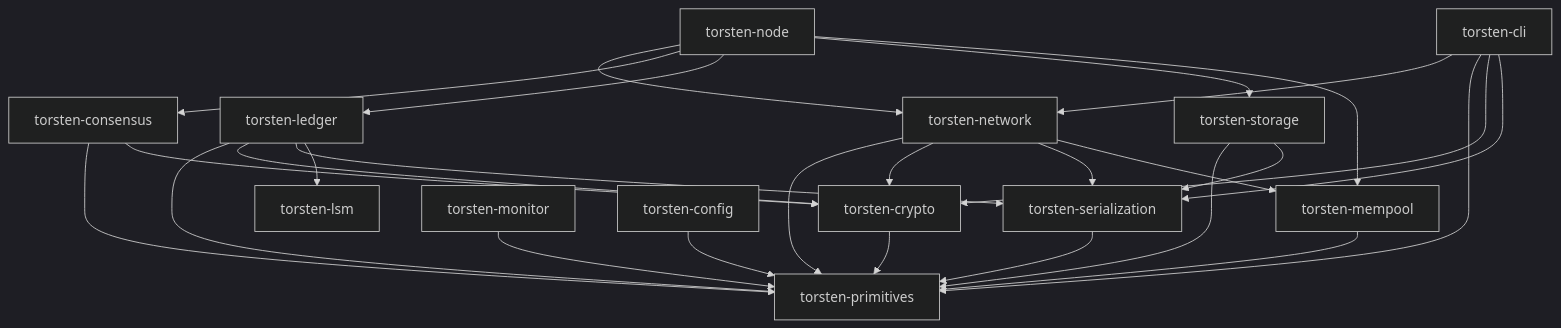
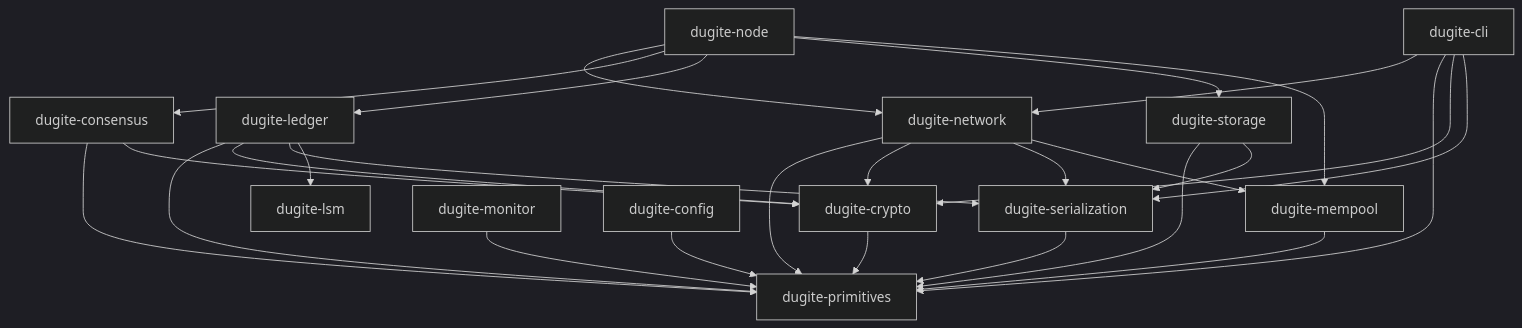
The diagram in README.md (michaeljfazio/torsten), drawn with Mermaid (dark theme) before and after one commit. The commit also changed other lines of this file and 653 other files, not shown here.

First line of the commit message:
rename: torsten -> dugite across entire codebase

````diff
--- a/README.md
+++ b/README.md
@@ -67,29 +67,29 @@
 ```mermaid
 graph TD
-    NODE[torsten-node] --> NET[torsten-network]
-    NODE --> CONS[torsten-consensus]
-    NODE --> LEDGER[torsten-ledger]
-    NODE --> STORE[torsten-storage]
-    NODE --> POOL[torsten-mempool]
-    CLI[torsten-cli] --> NET
-    CLI --> PRIM[torsten-primitives]
-    CLI --> CRYPTO[torsten-crypto]
-    CLI --> SER[torsten-serialization]
-    MON[torsten-monitor] --> PRIM
-    CFG[torsten-config] --> PRIM
+    NODE[dugite-node] --> NET[dugite-network]
+    NODE --> CONS[dugite-consensus]
+    NODE --> LEDGER[dugite-ledger]
+    NODE --> STORE[dugite-storage]
+    NODE --> POOL[dugite-mempool]
+    CLI[dugite-cli] --> NET
+    CLI --> PRIM[dugite-primitives]
+    CLI --> CRYPTO[dugite-crypto]
+    CLI --> SER[dugite-serialization]
+    MON[dugite-monitor] --> PRIM
+    CFG[dugite-config] --> PRIM
     NET --> PRIM
     NET --> CRYPTO
     NET --> SER
     NET --> POOL
     CONS --> PRIM
     CONS --> CRYPTO
     LEDGER --> PRIM
     LEDGER --> CRYPTO
     LEDGER --> SER
-    LEDGER --> LSM[torsten-lsm]
+    LEDGER --> LSM[dugite-lsm]
     STORE --> PRIM
     STORE --> SER
     POOL --> PRIM
     SER --> PRIM
     CRYPTO --> PRIM
 ```
````
